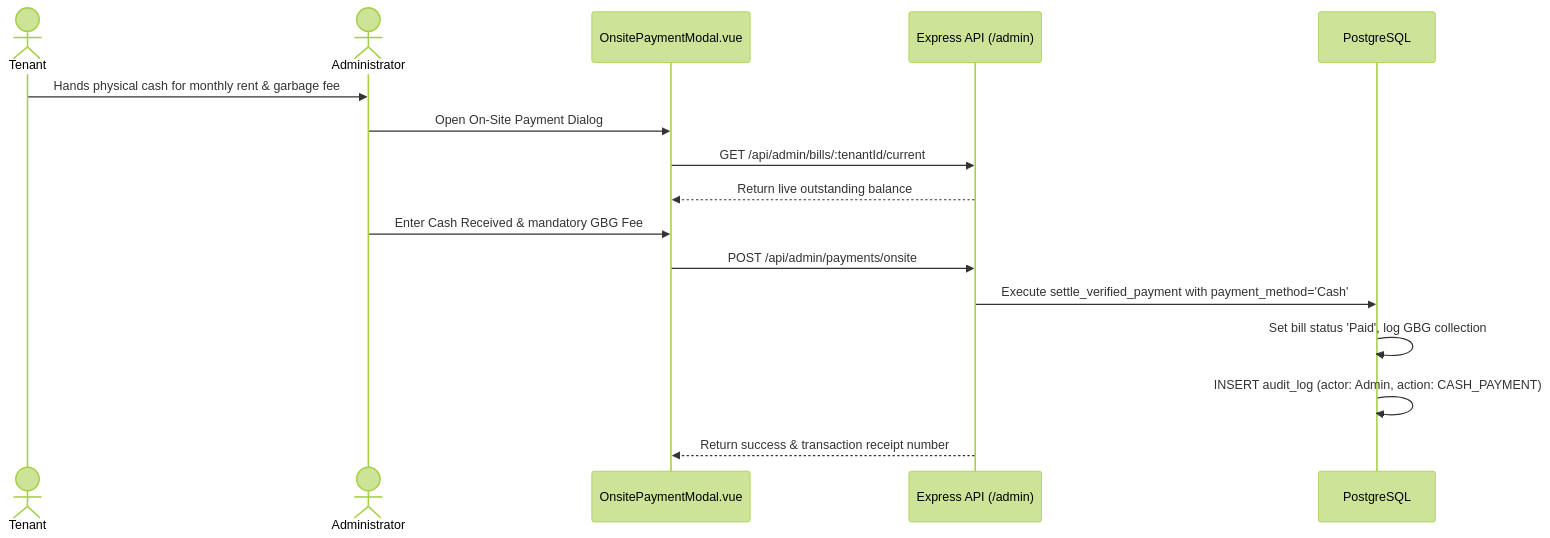
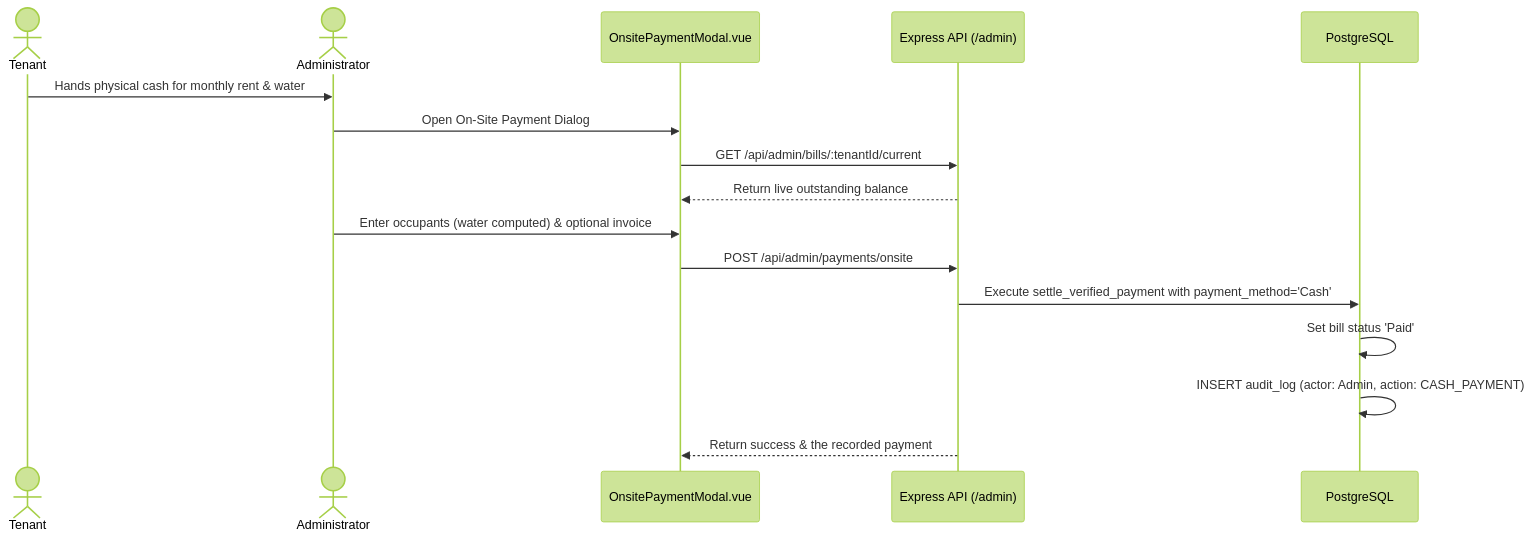
Before and after one commit to SeanJerve/hivelet: the third of 3 diagrams in docs/CODE_DOCUMENTATION.md, drawn with Mermaid (forest theme). The commit also changed other lines of this file and 15 other files, not shown here.

First line of the commit message:
docs: the garbage fee is retired and the owner's slips are invoices (handoff 3.4)

````diff
--- a/docs/CODE_DOCUMENTATION.md
+++ b/docs/CODE_DOCUMENTATION.md
@@ -353,19 +353,19 @@
 ```mermaid
 sequenceDiagram
     actor Tenant as Tenant
     actor Admin as Administrator
     participant Modal as OnsitePaymentModal.vue
     participant API as Express API (/admin)
     participant DB as PostgreSQL
 
-    Tenant->>Admin: Hands physical cash for monthly rent & garbage fee
+    Tenant->>Admin: Hands physical cash for monthly rent & water
     Admin->>Modal: Open On-Site Payment Dialog
     Modal->>API: GET /api/admin/bills/:tenantId/current
     API-->>Modal: Return live outstanding balance
-    Admin->>Modal: Enter Cash Received & mandatory GBG Fee
+    Admin->>Modal: Enter occupants (water computed) & optional invoice #
     Modal->>API: POST /api/admin/payments/onsite
     API->>DB: Execute settle_verified_payment with payment_method='Cash'
-    DB->>DB: Set bill status 'Paid', log GBG collection
+    DB->>DB: Set bill status 'Paid'
     DB->>DB: INSERT audit_log (actor: Admin, action: CASH_PAYMENT)
-    API-->>Modal: Return success & transaction receipt number
+    API-->>Modal: Return success & the recorded payment
 ```
````
